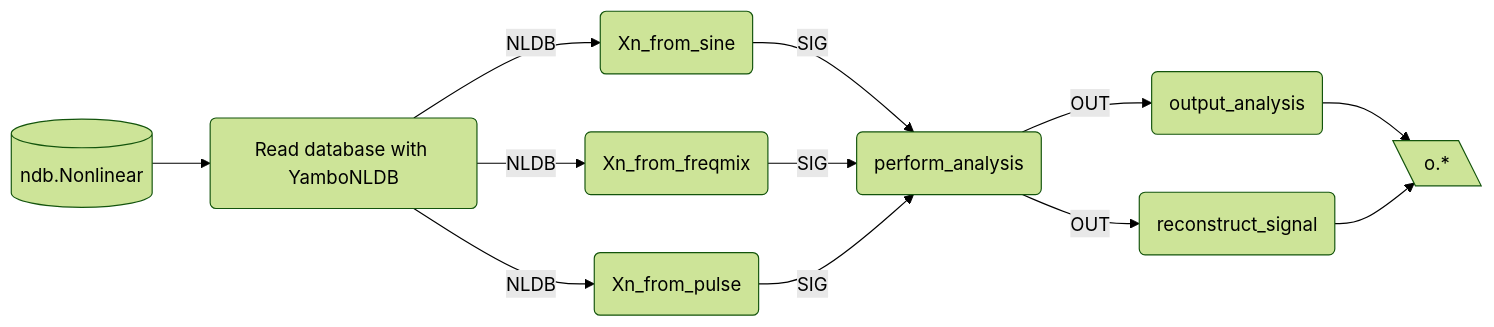
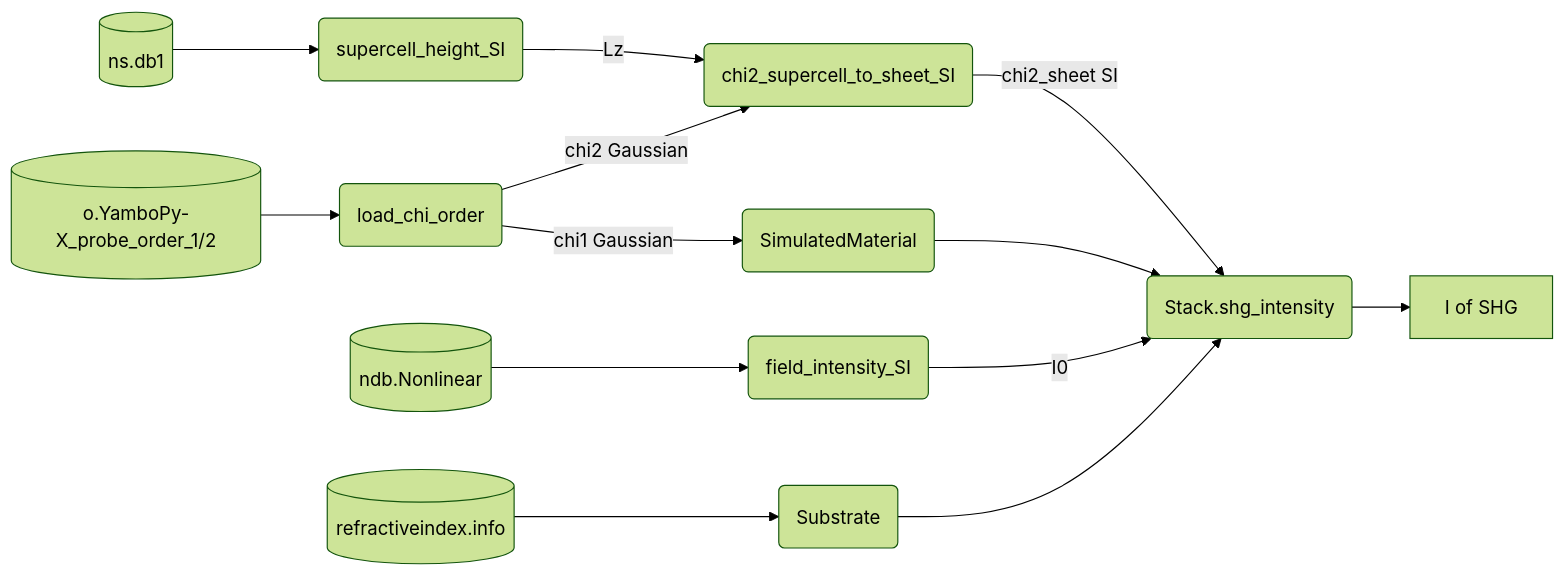
The second of 2 diagrams in yambopy/nl/Xn_from_signal_doc_REPLICATE.md (cnelson2006/yambopy), drawn with Mermaid (forest theme) before and after one commit. The commit also changed other lines of this file, not shown here.

Commit message:
Added to the how to use section and added a sequence of operations

````diff
--- a/yambopy/nl/Xn_from_signal_doc_REPLICATE.md
+++ b/yambopy/nl/Xn_from_signal_doc_REPLICATE.md
@@ -105,12 +88,12 @@
 ```mermaid
-
 graph LR
-    F[(ndb.Nonlinear)]--> A(Read database with YamboNLDB) -->|NLDB| B1(Xn_from_sine) -->|SIG| C(perform_analysis) -->|OUT| D(output_analysis) --> o.*@{shape: lean-l}
-    C --> |OUT|E(reconstruct_signal)
-    E --> o.*@{shape: lean-l}
-    A -->|NLDB| B2(Xn_from_freqmix)
-    A -->|NLDB| B3(Xn_from_pulse)
-    B2 -->|SIG| C
-    B3 -->|SIG| C
-
+    F[(o.YamboPy-X_probe_order_1/2)] --> A(load_chi_order)
+    G[(ns.db1)] --> B(supercell_height_SI) -->|Lz| C(chi2_supercell_to_sheet_SI)
+    A -->|chi2 Gaussian| C -->|chi2_sheet SI| E(Stack.shg_intensity)
+    A -->|chi1 Gaussian| D(SimulatedMaterial)
+    H[(ndb.Nonlinear)] --> I(field_intensity_SI) -->|I0| E
+    J[(refractiveindex.info)] --> K(Substrate)
+    D --> E
+    K --> E
+    E --> O[I of SHG]
 ```
````
